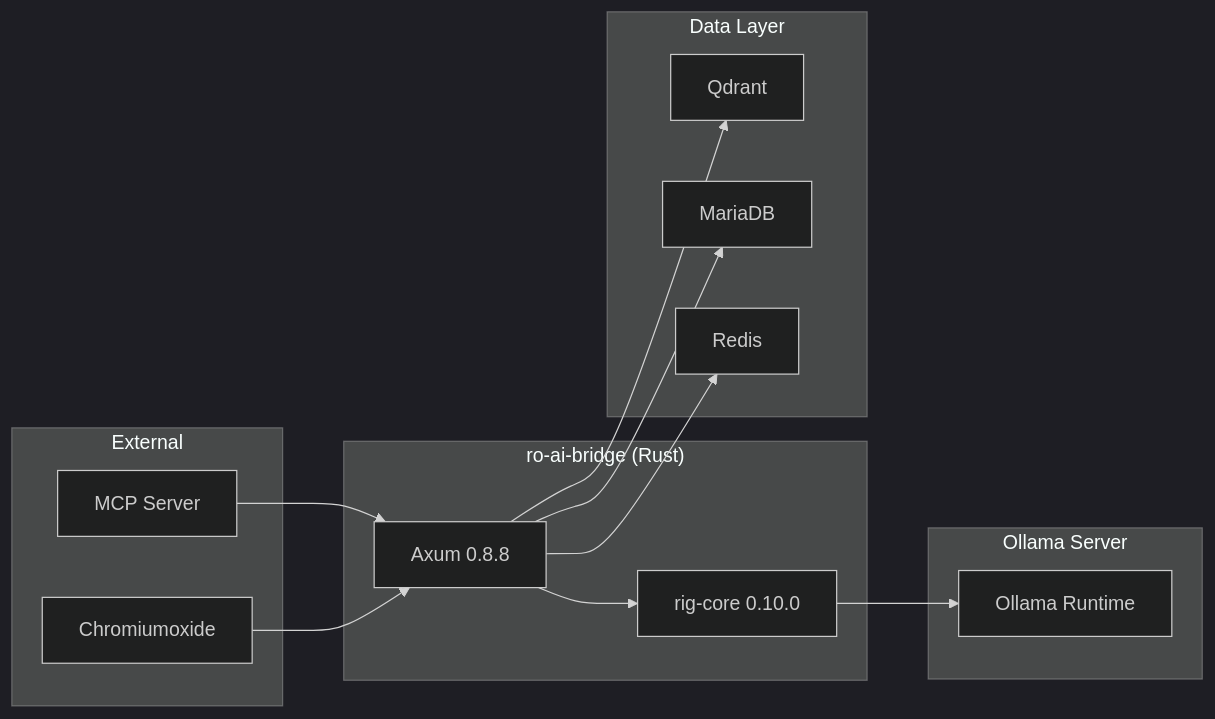
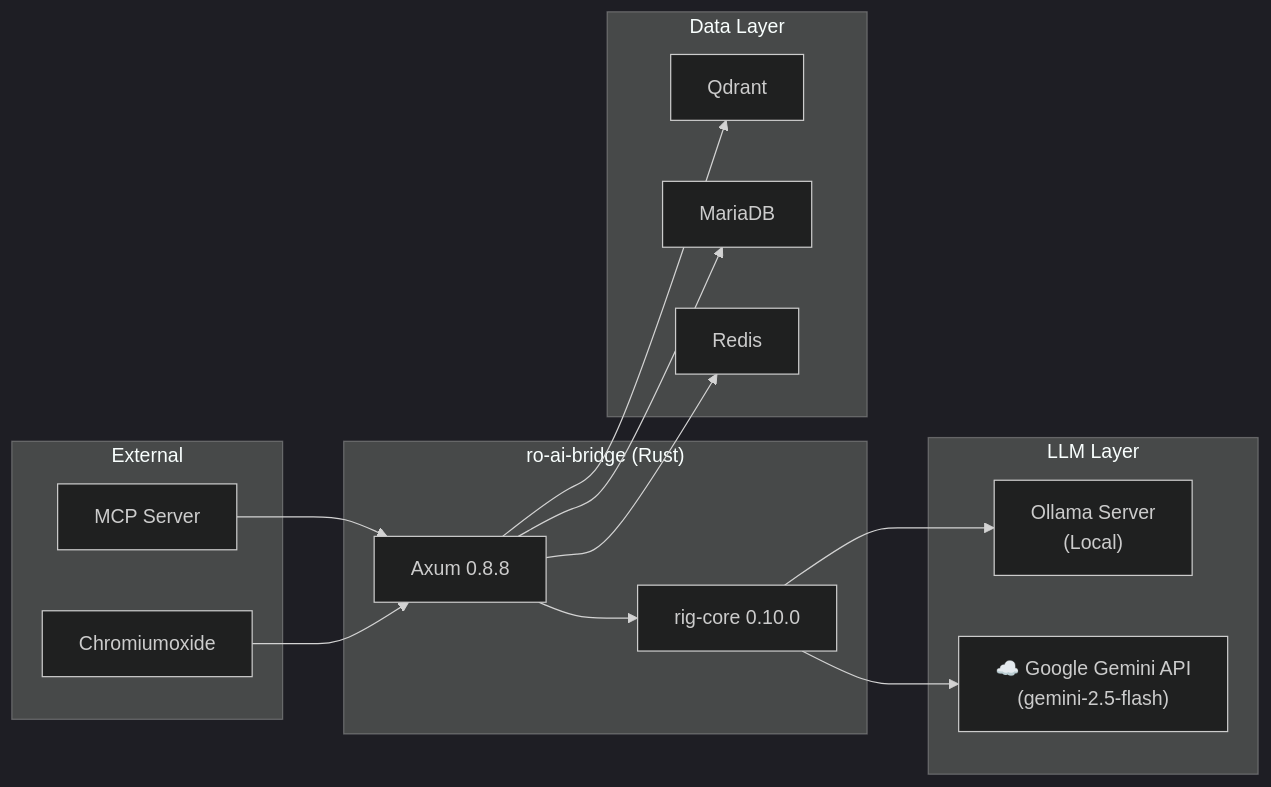
One commit to MegaWiz-Dev-Team/Mimir changed the second of 4 diagrams in docs/01_03_TRD_Project-Mimir_TH_v2.1.md. Above: the diagram before and after it, drawn with Mermaid (dark theme). The commit also changed other lines of this file, not shown here.

````diff
--- a/docs/01_03_TRD_Project-Mimir_TH_v2.1.md
+++ b/docs/01_03_TRD_Project-Mimir_TH_v2.1.md
@@ -128,30 +132,32 @@
 ```mermaid
 graph LR
     subgraph "ro-ai-bridge (Rust)"
         AXUM["Axum 0.8.8"]
         RIG["rig-core 0.10.0"]
     end
     
-    subgraph "Ollama Server"
-        OL["Ollama Runtime"]
+    subgraph "LLM Layer"
+        OLLAMA["Ollama Server<br/>(Local)"]
+        GEMINI["☁️ Google Gemini API<br/>(gemini-2.5-flash)"]
     end
     
     subgraph "Data Layer"
         QD["Qdrant"]
         MARIADB["MariaDB"]
         REDIS["Redis"]
     end
 
     subgraph "External"
         MCP["MCP Server"]
         CHROMIUM["Chromiumoxide"]
     end
 
     AXUM --> RIG
-    RIG --> OL
+    RIG --> OLLAMA
+    RIG --> GEMINI
     AXUM --> QD
     AXUM --> MARIADB
     AXUM --> REDIS
     MCP --> AXUM
     CHROMIUM --> AXUM
 ```
````
